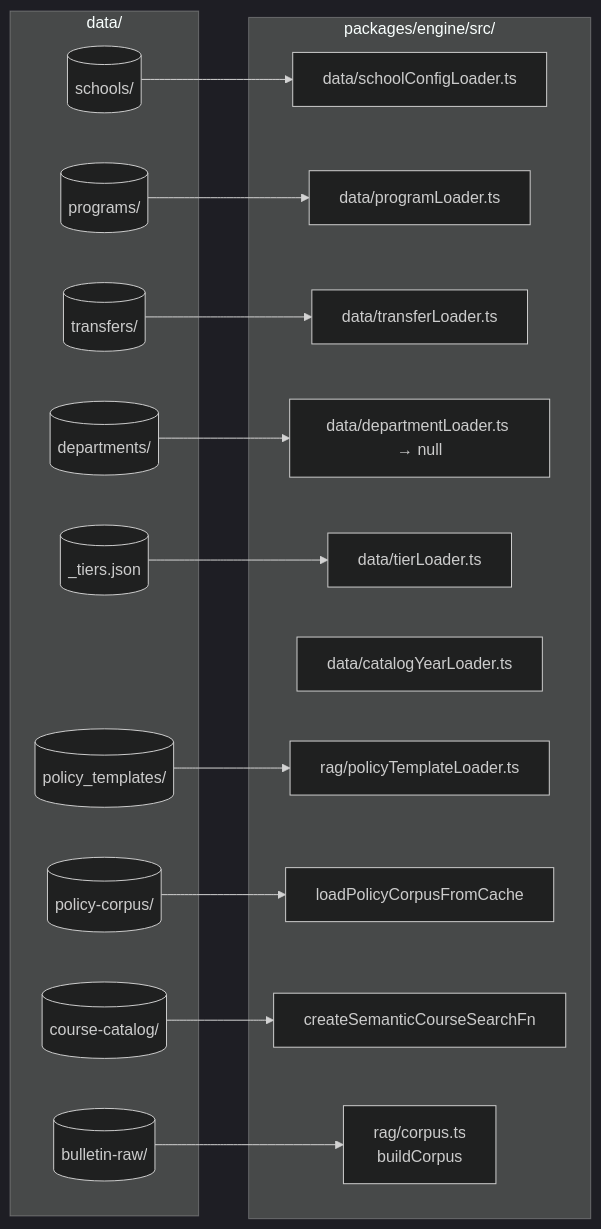
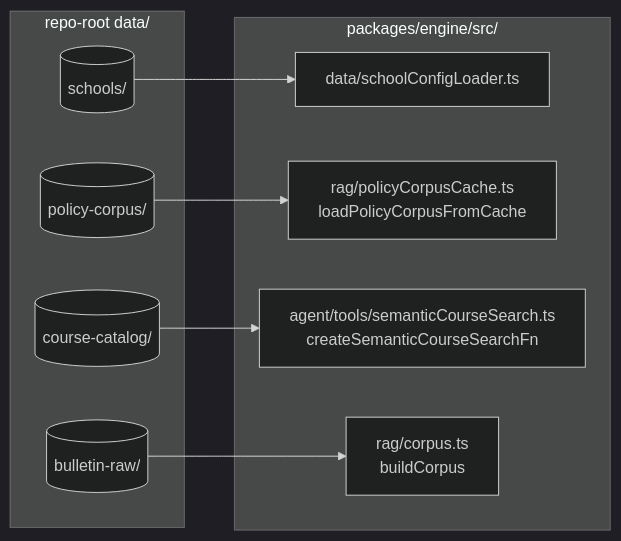
Before and after one commit to EdoardoMongardi/NYU_Path: the second of 2 diagrams in Docs/current-system/surrounding/data-directory.md, drawn with Mermaid (dark theme). The commit also changed other lines of this file and 73 other files, not shown here.

````diff
--- a/Docs/current-system/surrounding/data-directory.md
+++ b/Docs/current-system/surrounding/data-directory.md
@@ -165,37 +102,21 @@
 ```mermaid
 flowchart LR
-    subgraph DATA[data/]
+    subgraph DATA[repo-root data/]
         S[(schools/)]
-        P[(programs/)]
-        T[(transfers/)]
-        D[(departments/)]
-        TI[(_tiers.json)]
-        PT[(policy_templates/)]
         PC[(policy-corpus/)]
         CC[(course-catalog/)]
         BR[(bulletin-raw/)]
     end
 
     subgraph ENGINE[packages/engine/src/]
         SCL[data/schoolConfigLoader.ts]
-        PL[data/programLoader.ts]
-        TL[data/transferLoader.ts]
-        DL[data/departmentLoader.ts → null]
-        TIL[data/tierLoader.ts]
-        CYL[data/catalogYearLoader.ts]
-        PTL[rag/policyTemplateLoader.ts]
-        LPC[loadPolicyCorpusFromCache]
-        SCS[createSemanticCourseSearchFn]
+        LPC[rag/policyCorpusCache.ts<br/>loadPolicyCorpusFromCache]
+        SCS[agent/tools/semanticCourseSearch.ts<br/>createSemanticCourseSearchFn]
         BC[rag/corpus.ts<br/>buildCorpus]
     end
 
     S --> SCL
-    P --> PL
-    T --> TL
-    D --> DL
-    TI --> TIL
-    PT --> PTL
     PC --> LPC
     CC --> SCS
     BR --> BC
 ```
````
